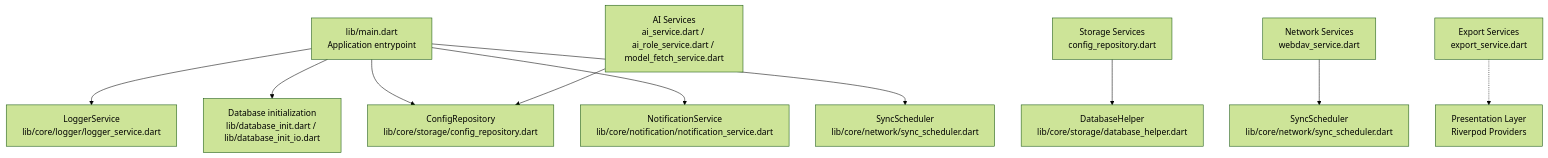
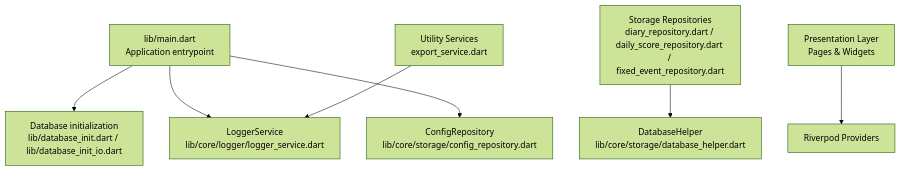
The first of 7 diagrams in .qoder/repowiki/en/content/Services Layer/Services Layer.md (favoroo/QNote), drawn with Mermaid (forest theme) before and after one commit. The commit also changed other lines of this file and 65 other files, not shown here.

First line of the commit message:
docs: 新增项目文档与配置文件，修复AI提取与热力图问题

````diff
--- a/.qoder/repowiki/en/content/Services Layer/Services Layer.md
+++ b/.qoder/repowiki/en/content/Services Layer/Services Layer.md
@@ -43,12 +56,9 @@
 ```mermaid
 graph TB
-A["lib/main.dart<br/>Application entrypoint"] --> B["LoggerService<br/>lib/core/logger/logger_service.dart"]
-A --> C["Database initialization<br/>lib/database_init.dart / lib/database_init_io.dart"]
+A["lib/main.dart<br/>Application entrypoint"] --> B["Database initialization<br/>lib/database_init.dart / lib/database_init_io.dart"]
+A --> C["LoggerService<br/>lib/core/logger/logger_service.dart"]
 A --> D["ConfigRepository<br/>lib/core/storage/config_repository.dart"]
-A --> E["NotificationService<br/>lib/core/notification/notification_service.dart"]
-A --> F["SyncScheduler<br/>lib/core/network/sync_scheduler.dart"]
-G["AI Services<br/>ai_service.dart / ai_role_service.dart / model_fetch_service.dart"] --> D
-H["Storage Services<br/>config_repository.dart"] --> I["DatabaseHelper<br/>lib/core/storage/database_helper.dart"]
-J["Network Services<br/>webdav_service.dart"] --> K["SyncScheduler<br/>lib/core/network/sync_scheduler.dart"]
-L["Export Services<br/>export_service.dart"] -.-> M["Presentation Layer<br/>Riverpod Providers"]
+E["Storage Repositories<br/>diary_repository.dart / daily_score_repository.dart / fixed_event_repository.dart"] --> F["DatabaseHelper<br/>lib/core/storage/database_helper.dart"]
+G["Utility Services<br/>export_service.dart"] --> C
+H["Presentation Layer<br/>Pages & Widgets"] --> I["Riverpod Providers"]
 ```
````
